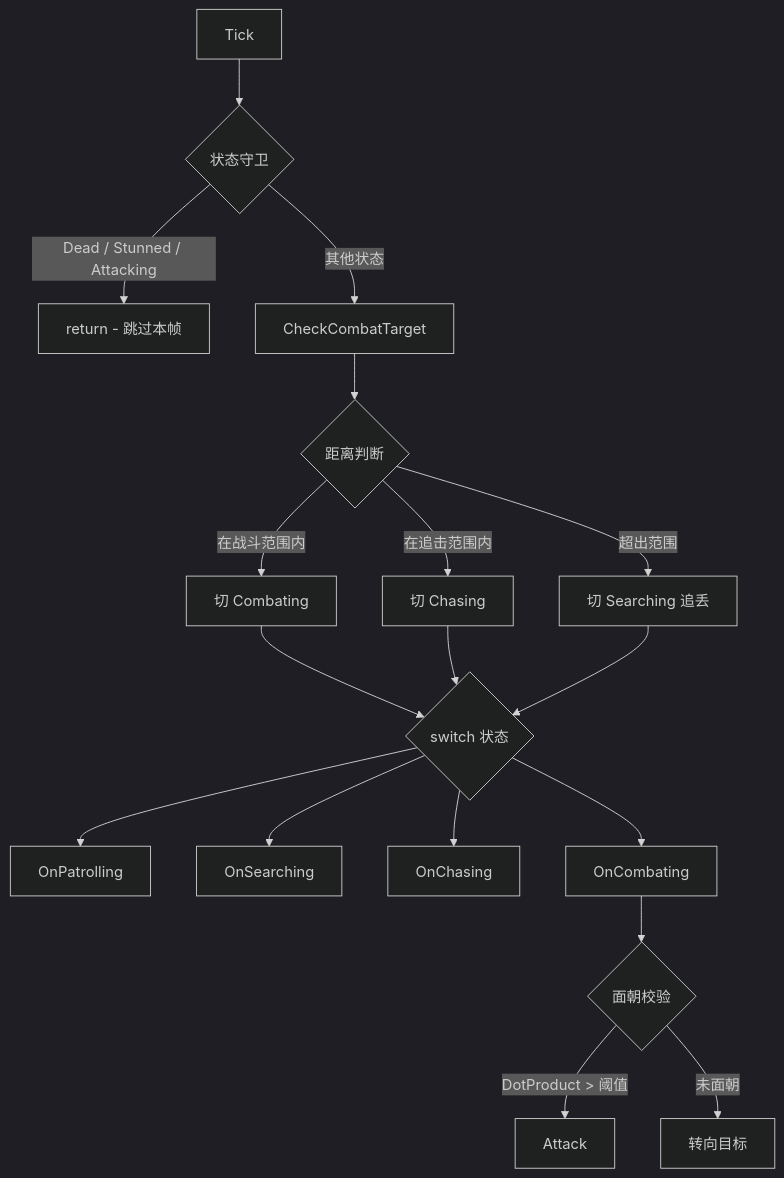
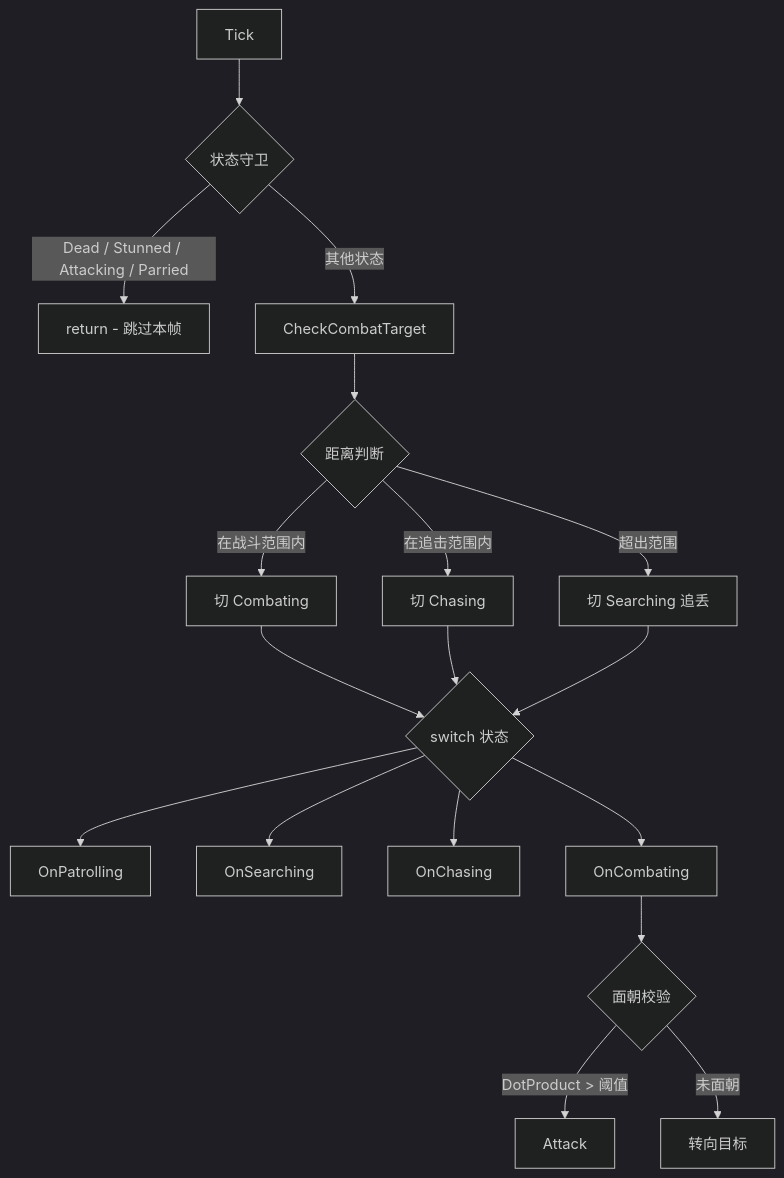
One commit to Kulahala/UE5-Soulslike-Combat changed the fifth of 6 diagrams in README.md. Above: the diagram before and after it, drawn with Mermaid (dark theme). The commit also changed other lines of this file and 2 other files, not shown here.

````diff
--- a/README.md
+++ b/README.md
@@ -219,20 +236,20 @@
 ```mermaid
 flowchart TD
     A[Tick] --> B{状态守卫}
-    B -->|Dead / Stunned / Attacking| C[return - 跳过本帧]
+    B -->|Dead / Stunned / Attacking / Parried| C[return - 跳过本帧]
     B -->|其他状态| D[CheckCombatTarget]
     D --> E{距离判断}
     E -->|在战斗范围内| F[切 Combating]
     E -->|在追击范围内| G[切 Chasing]
     E -->|超出范围| H[切 Searching 追丢]
     F --> I{switch 状态}
     G --> I
     H --> I
     I --> J[OnPatrolling]
     I --> K[OnSearching]
     I --> L[OnChasing]
     I --> M[OnCombating]
     M --> N{面朝校验}
     N -->|DotProduct > 阈值| O[Attack]
     N -->|未面朝| P[转向目标]
 ```
````
